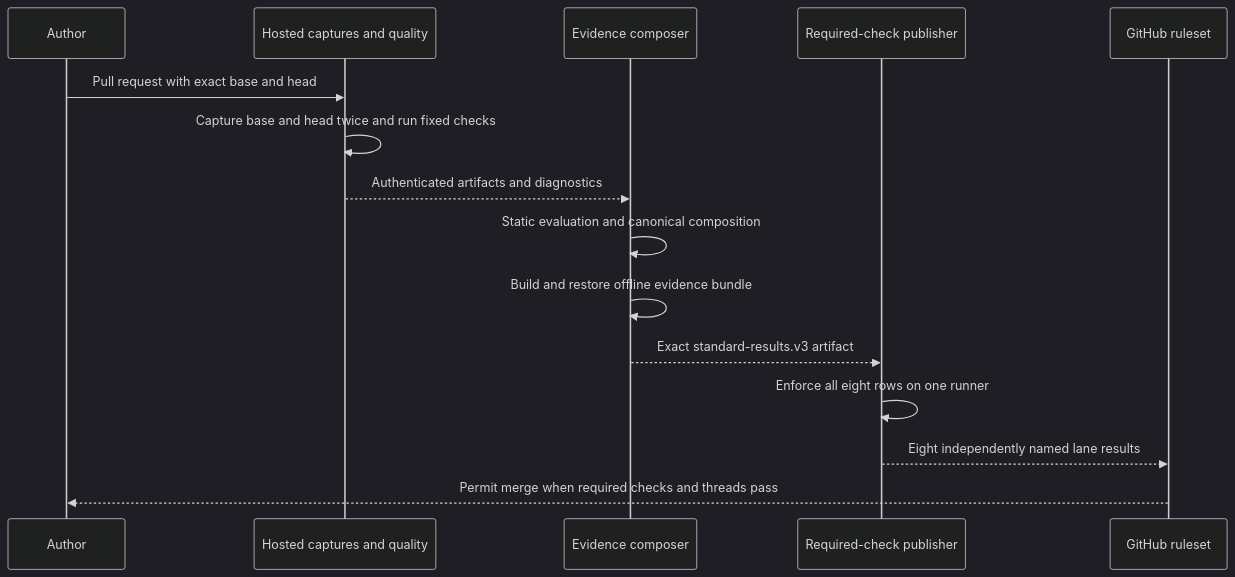
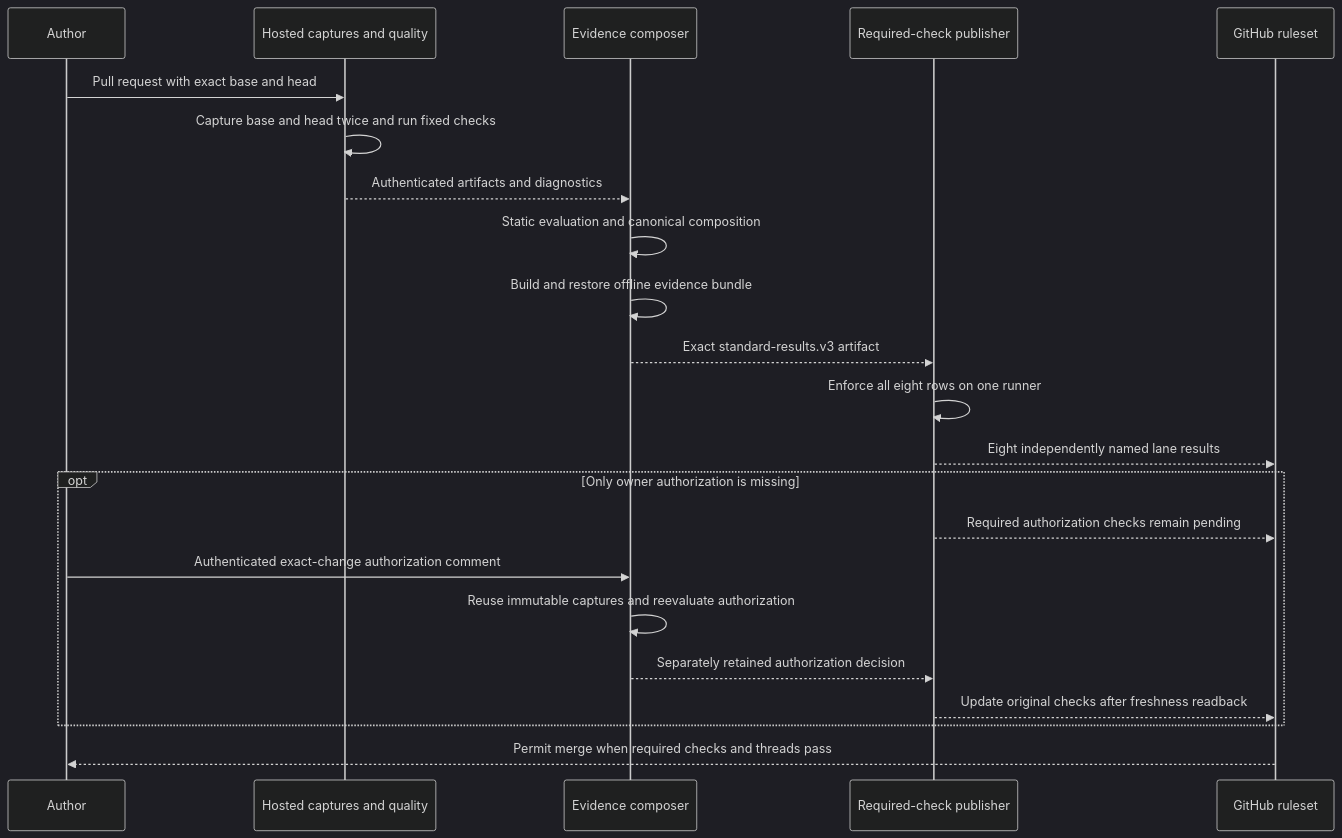
The diagram in docs/product/Pull-Request-Lifecycle.md (mbh-solutions/supportability-gate), drawn with Mermaid (dark theme) before and after one commit. The commit also changed other lines of this file and 13 other files, not shown here.

Commit message:
Separate owner authorization waiting from captured test execution

````diff
--- a/docs/product/Pull-Request-Lifecycle.md
+++ b/docs/product/Pull-Request-Lifecycle.md
@@ -3,17 +3,24 @@
 ```mermaid
 sequenceDiagram
     participant A as Author
     participant H as Hosted captures and quality
     participant E as Evidence composer
     participant G as Required-check publisher
     participant R as GitHub ruleset
     A->>H: Pull request with exact base and head
     H->>H: Capture base and head twice and run fixed checks
     H-->>E: Authenticated artifacts and diagnostics
     E->>E: Static evaluation and canonical composition
     E->>E: Build and restore offline evidence bundle
     E-->>G: Exact standard-results.v3 artifact
     G->>G: Enforce all eight rows on one runner
     G-->>R: Eight independently named lane results
+    opt Only owner authorization is missing
+        G-->>R: Required authorization checks remain pending
+        A->>E: Authenticated exact-change authorization comment
+        E->>E: Reuse immutable captures and reevaluate authorization
+        E-->>G: Separately retained authorization decision
+        G-->>R: Update original checks after freshness readback
+    end
     R-->>A: Permit merge when required checks and threads pass
 ```
````
